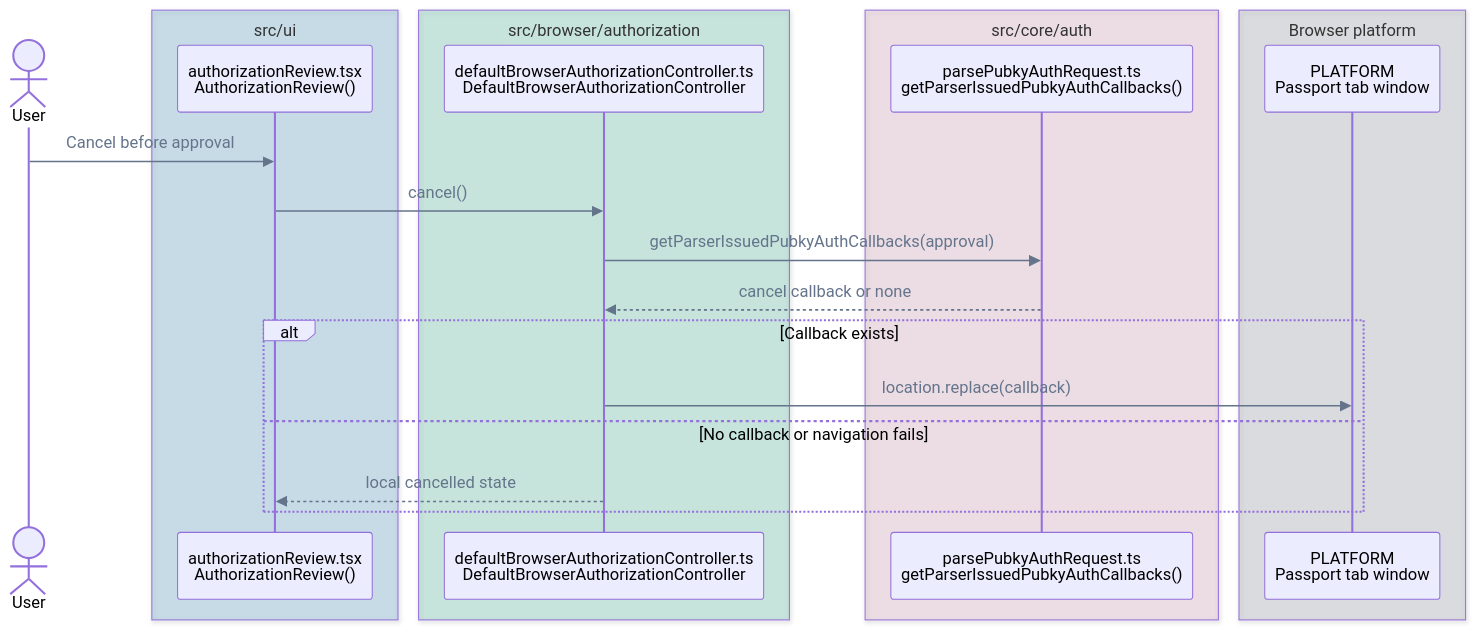
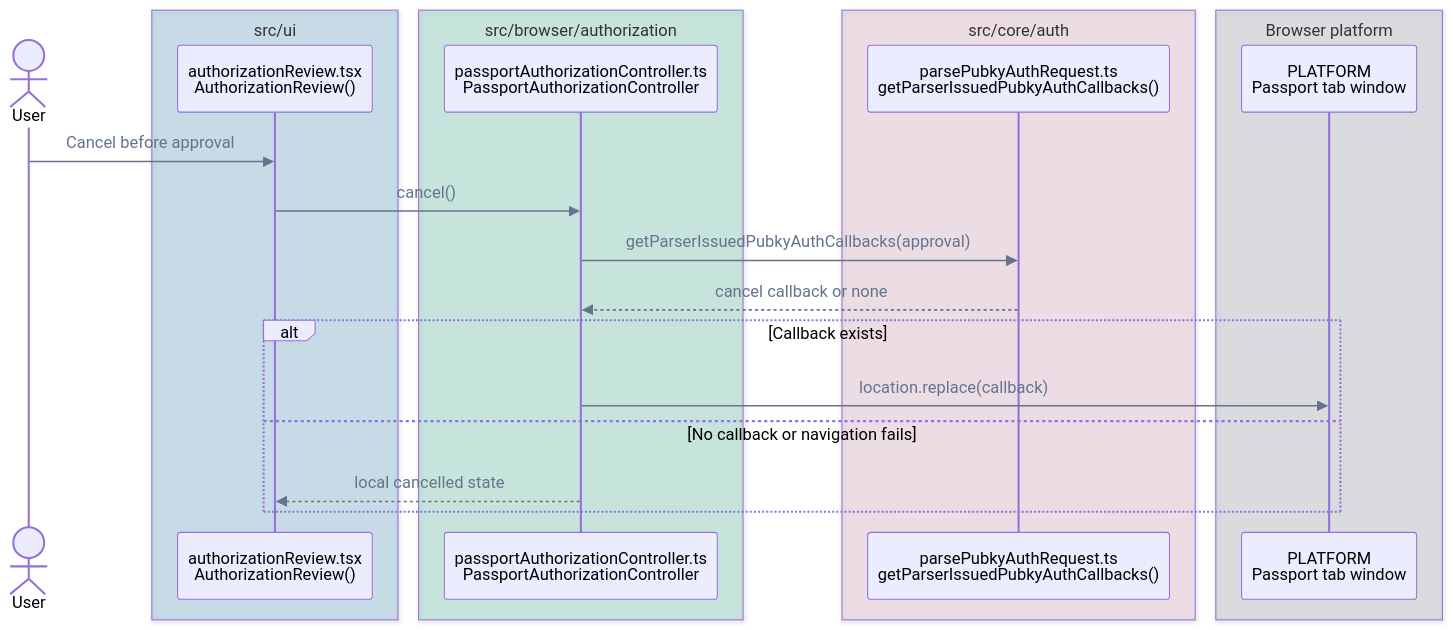
Before and after one commit to pubky/pubky-passport: the sixth of 14 diagrams in FLOWS.md, drawn with Mermaid. The commit also changed other lines of this file and 50 other files, not shown here.

````diff
--- a/FLOWS.md
+++ b/FLOWS.md
@@ -266,29 +272,29 @@
 ```mermaid
 %%{init: {"themeVariables": {"signalColor": "#64748B", "signalTextColor": "#64748B"}}}%%
 sequenceDiagram
     accTitle: Authorization cancellation call flow
     accDescr: Cancellation retrieves only the parser-owned cancel callback and redirects or renders a local cancelled state without restoring a key.
     actor User
     box rgba(0, 114, 178, 0.18) src/ui
         participant Review as authorizationReview.tsx<br/>AuthorizationReview()
     end
     box rgba(0, 158, 115, 0.18) src/browser/authorization
-        participant Controller as defaultBrowserAuthorizationController.ts<br/>DefaultBrowserAuthorizationController
+        participant Controller as passportAuthorizationController.ts<br/>PassportAuthorizationController
     end
     box rgba(204, 121, 167, 0.18) src/core/auth
         participant Callbacks as parsePubkyAuthRequest.ts<br/>getParserIssuedPubkyAuthCallbacks()
     end
     box rgba(107, 114, 128, 0.18) Browser platform
         participant Window as PLATFORM<br/>Passport tab window
     end
 
     User->>Review: Cancel before approval
     Review->>Controller: cancel()
     Controller->>Callbacks: getParserIssuedPubkyAuthCallbacks(approval)
     Callbacks-->>Controller: cancel callback or none
     alt Callback exists
         Controller->>Window: location.replace(callback)
     else No callback or navigation fails
         Controller-->>Review: local cancelled state
     end
 ```
````
